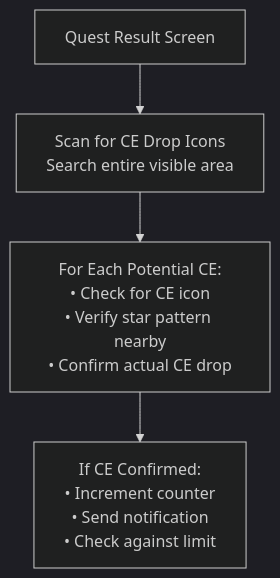
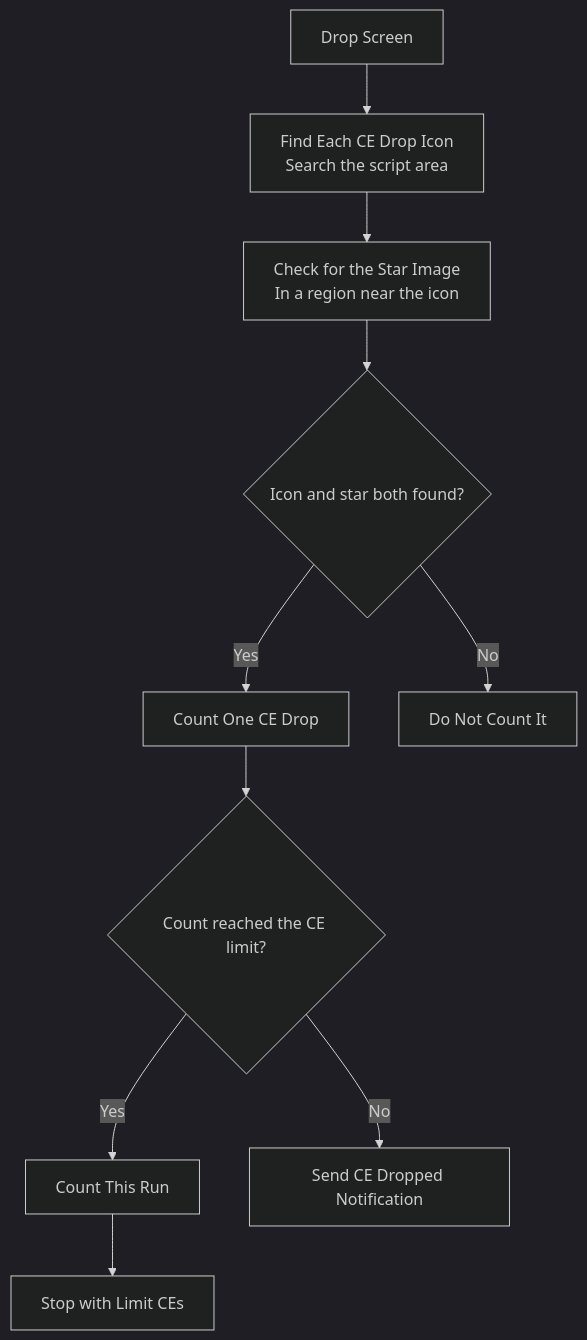
One commit to ArthurKun21/FGA-Preview-Build changed the diagram in docs/in-battle/tracking/ce-drops.md. Above: the diagram before and after it, drawn with Mermaid (dark theme). The commit also changed other lines of this file and 23 other files, not shown here.

````diff
--- a/docs/in-battle/tracking/ce-drops.md
+++ b/docs/in-battle/tracking/ce-drops.md
@@ -29,6 +31,12 @@
 ```mermaid
 flowchart TD
-    A[Quest Result Screen] --> B[Scan for CE Drop Icons<br/>Search entire visible area]
-    B --> C[For Each Potential CE:<br/>• Check for CE icon<br/>• Verify star pattern nearby<br/>• Confirm actual CE drop]
-    C --> D[If CE Confirmed:<br/>• Increment counter<br/>• Send notification<br/>• Check against limit]
+    A[Drop Screen] --> B[Find Each CE Drop Icon<br/>Search the script area]
+    B --> C[Check for the Star Image<br/>In a region near the icon]
+    C --> D{"Icon and star both found?"}
+    D -->|Yes| E[Count One CE Drop]
+    D -->|No| F[Do Not Count It]
+    E --> G{"Count reached the CE limit?"}
+    G -->|Yes| H[Count This Run]
+    H --> I[Stop with Limit CEs]
+    G -->|No| J[Send CE Dropped Notification]
 ```
````
